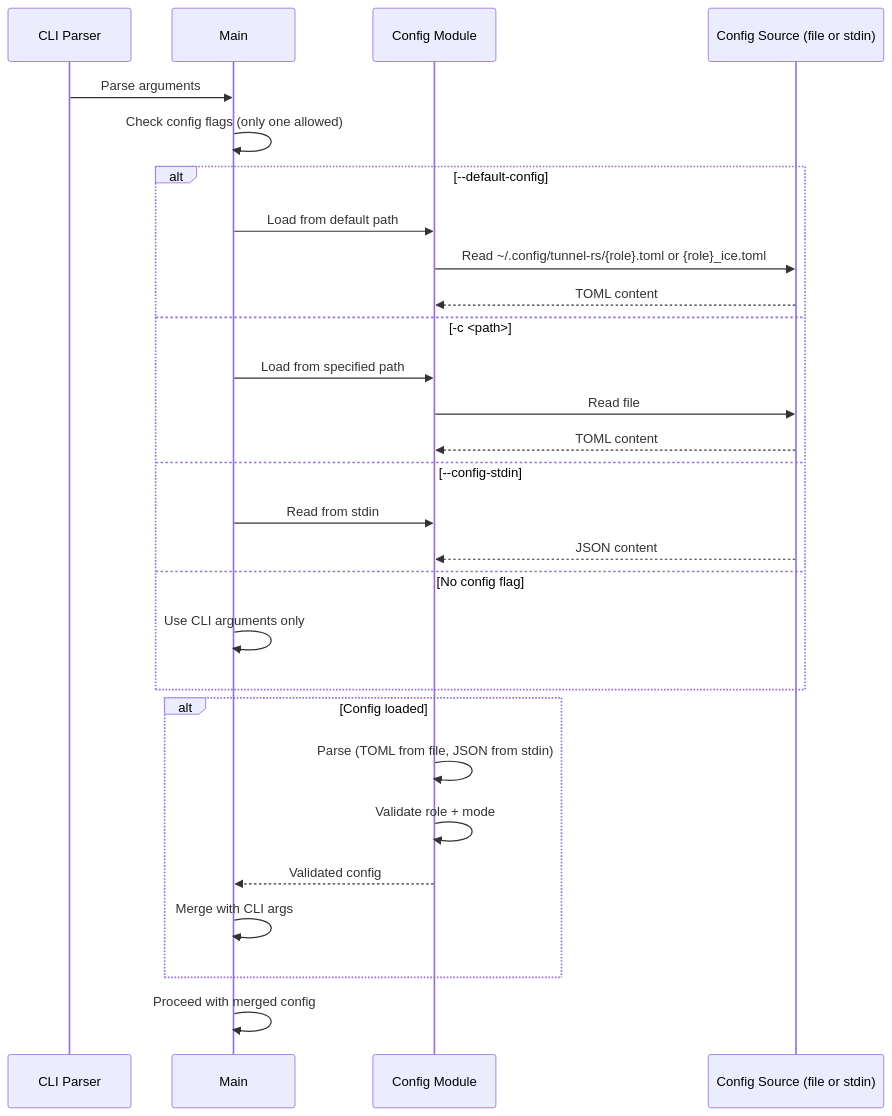
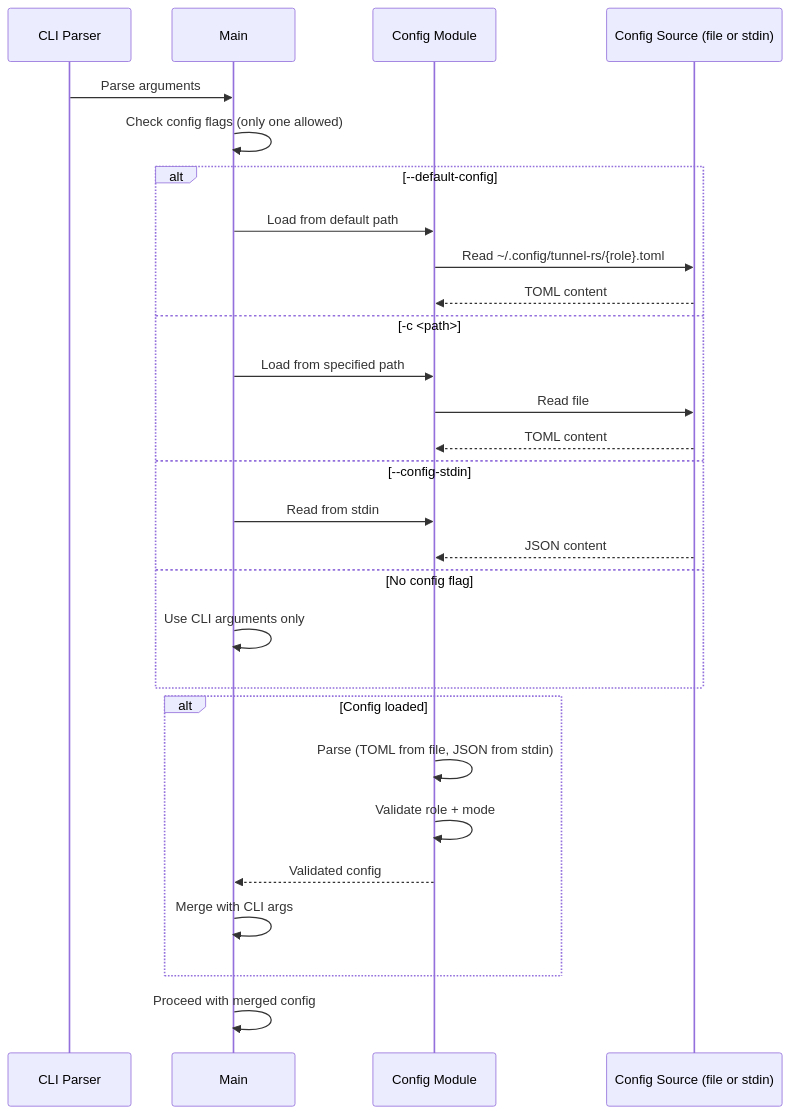
Before and after one commit to andrewtheguy/tunnel-rs: diagram 11 of 22 in docs/ARCHITECTURE.md, drawn with Mermaid. The commit also changed other lines of this file and 54 other files, not shown here.

````diff
--- a/docs/ARCHITECTURE.md
+++ b/docs/ARCHITECTURE.md
@@ -520,34 +410,34 @@
 ```mermaid
 sequenceDiagram
     participant CLI as CLI Parser
     participant Main as Main
     participant Config as Config Module
     participant Source as Config Source (file or stdin)
 
     CLI->>Main: Parse arguments
     Main->>Main: Check config flags (only one allowed)
 
     alt --default-config
         Main->>Config: Load from default path
-        Config->>Source: Read ~/.config/tunnel-rs/{role}.toml or {role}_ice.toml
+        Config->>Source: Read ~/.config/tunnel-rs/{role}.toml
         Source-->>Config: TOML content
     else -c <path>
         Main->>Config: Load from specified path
         Config->>Source: Read file
         Source-->>Config: TOML content
     else --config-stdin
         Main->>Config: Read from stdin
         Source-->>Config: JSON content
     else No config flag
         Main->>Main: Use CLI arguments only
     end
 
     alt Config loaded
         Config->>Config: Parse (TOML from file, JSON from stdin)
         Config->>Config: Validate role + mode
         Config-->>Main: Validated config
         Main->>Main: Merge with CLI args
     end
 
     Main->>Main: Proceed with merged config
 ```
````
